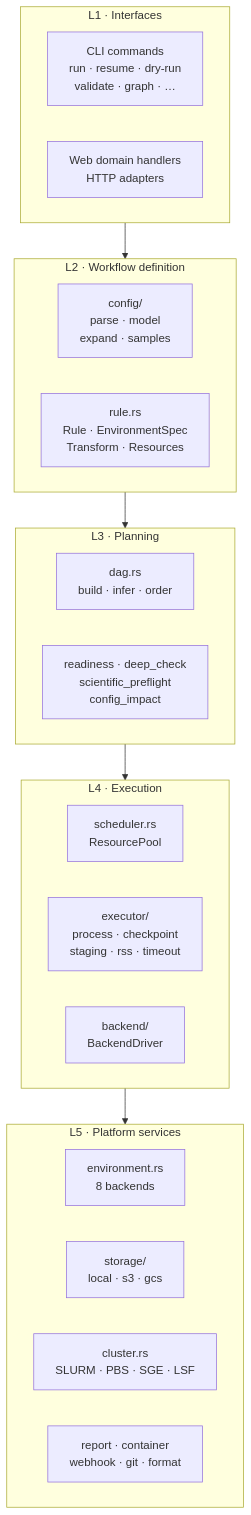
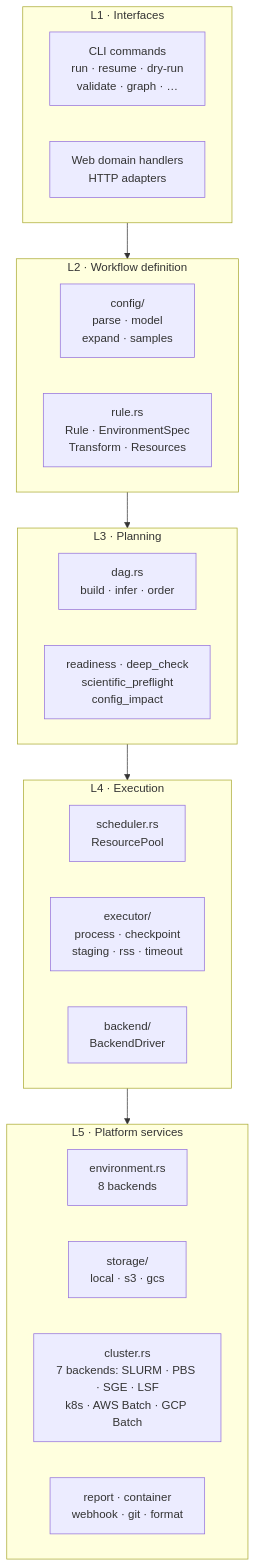
The third of 12 diagrams in docs/guide/src/reference/architecture.md (Traitome/oxo-flow), drawn with Mermaid before and after one commit. The commit also changed other lines of this file and 340 other files, not shown here.

First line of the commit message:
feat: industrial-scientific roadmap — engine hardening, web/PG parity, AI hardening, eval gold, docs (#997)

````diff
--- a/docs/guide/src/reference/architecture.md
+++ b/docs/guide/src/reference/architecture.md
@@ -143,40 +144,40 @@
 ```mermaid
 flowchart TB
     subgraph L1["L1 · Interfaces"]
         direction LR
         cmd["CLI commands<br/>run · resume · dry-run<br/>validate · graph · …"]
         api["Web domain handlers<br/>HTTP adapters"]
     end
 
     subgraph L2["L2 · Workflow definition"]
         direction LR
         model["config/<br/>parse · model<br/>expand · samples"]
         rulem["rule.rs<br/>Rule · EnvironmentSpec<br/>Transform · Resources"]
     end
 
     subgraph L3["L3 · Planning"]
         direction LR
         dagm["dag.rs<br/>build · infer · order"]
         plan["readiness · deep_check<br/>scientific_preflight<br/>config_impact"]
     end
 
     subgraph L4["L4 · Execution"]
         direction LR
         sched["scheduler.rs<br/>ResourcePool"]
         exec["executor/<br/>process · checkpoint<br/>staging · rss · timeout"]
         drv["backend/<br/>BackendDriver"]
     end
 
     subgraph L5["L5 · Platform services"]
         direction LR
         envm["environment.rs<br/>8 backends"]
         storm["storage/<br/>local · s3 · gcs"]
-        clum["cluster.rs<br/>SLURM · PBS · SGE · LSF"]
+        clum["cluster.rs<br/>7 backends: SLURM · PBS · SGE · LSF<br/>k8s · AWS Batch · GCP Batch"]
         misc["report · container<br/>webhook · git · format"]
     end
 
     L1 --> L2
     L2 --> L3
     L3 --> L4
     L4 --> L5
 ```
````
